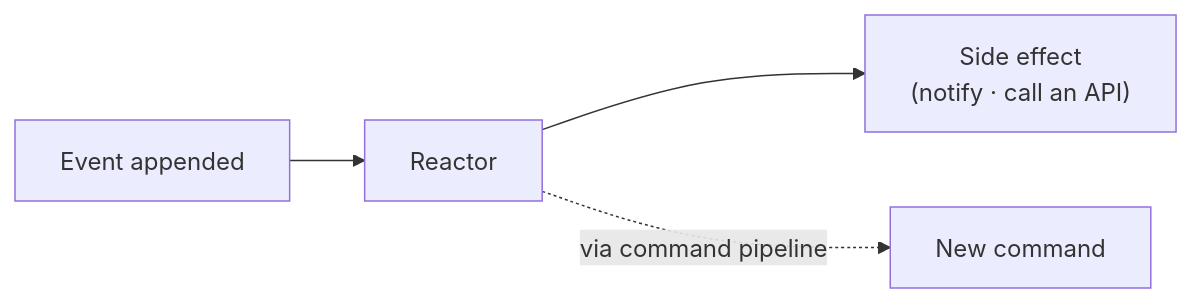
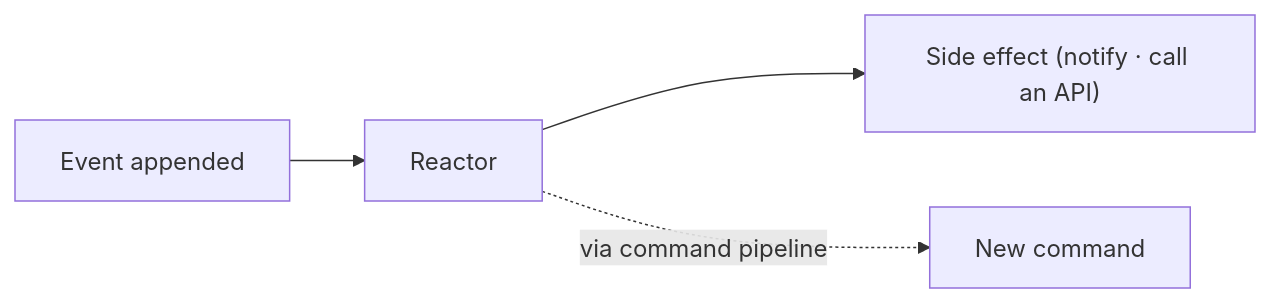
One commit to Cratis/Chronicle changed the diagram in Documentation/reactors/index.md. Above: the diagram before and after it, drawn with Mermaid. The commit also changed 43 other files, not shown here.

````diff
--- a/Documentation/reactors/index.md
+++ b/Documentation/reactors/index.md
@@ -5,6 +5,6 @@
 ```mermaid
 flowchart LR
     E[Event appended] --> R[Reactor]
-    R --> S["Side effect<br/>(notify · call an API)"]
+    R --> S["Side effect (notify · call an API)"]
     R -.->|via command pipeline| C[New command]
 ```
````
